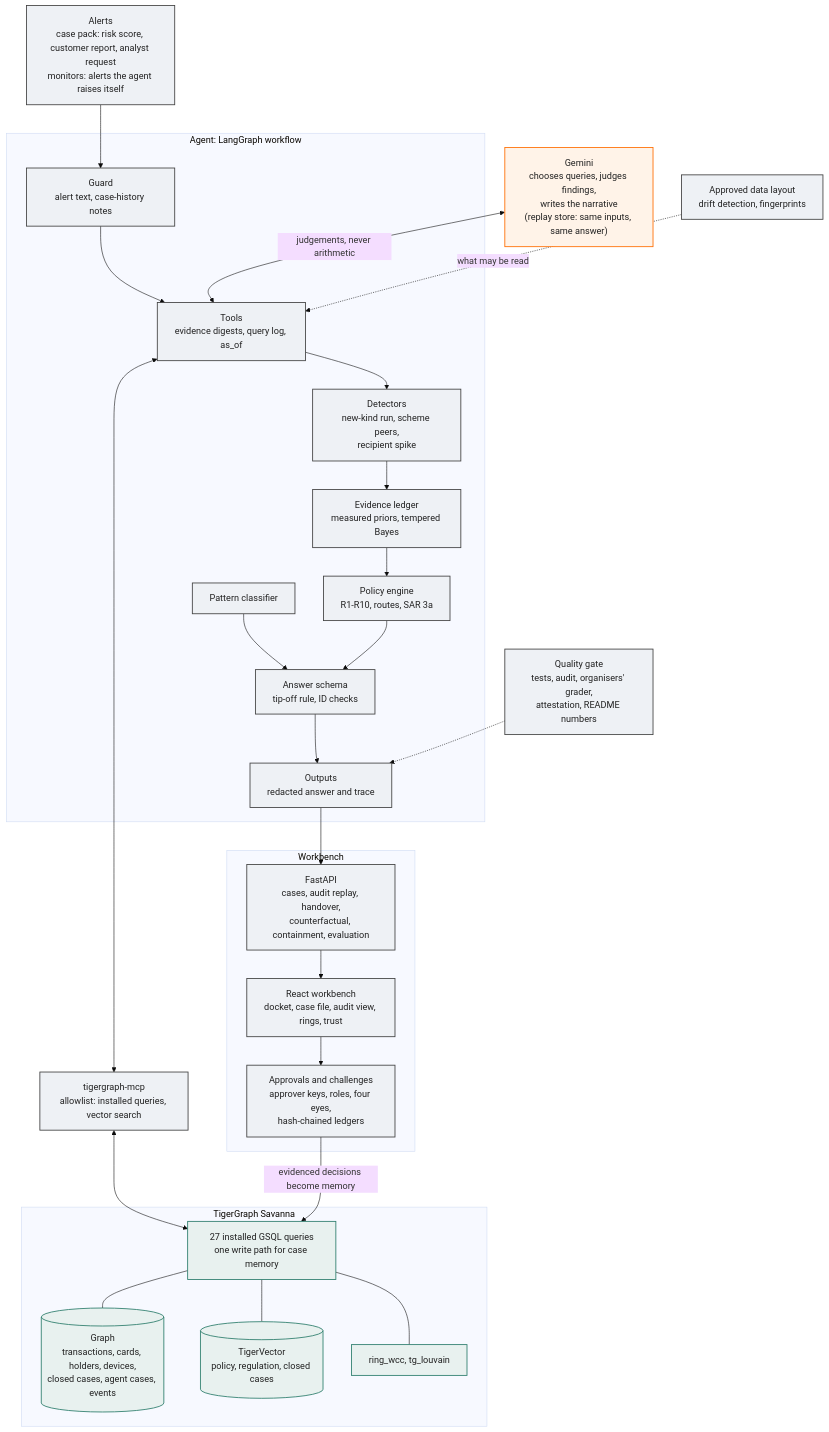
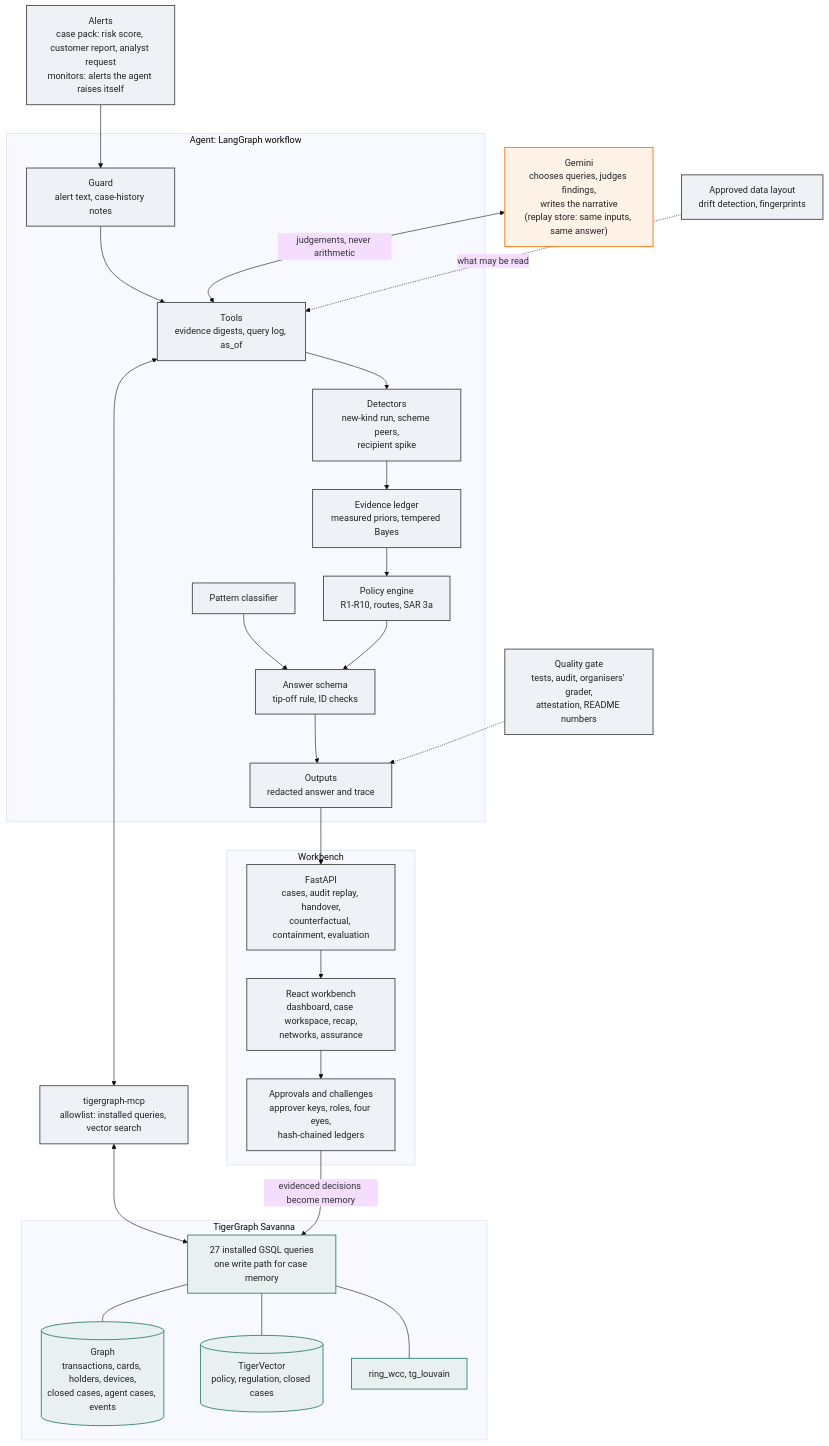
The first of 5 diagrams in README.md (KunalSewal/redthread), drawn with Mermaid (base theme) before and after one commit. The commit also changed other lines of this file and 4 other files, not shown here.

````diff
--- a/README.md
+++ b/README.md
@@ -216,50 +216,50 @@
 ```mermaid
 flowchart TB
     A["Alerts<br/>case pack: risk score, customer report, analyst request<br/>monitors: alerts the agent raises itself"]
 
     subgraph AG["Agent: LangGraph workflow"]
         G["Guard<br/>alert text, case-history notes"] --> T["Tools<br/>evidence digests, query log, as_of"]
         T --> S["Detectors<br/>new-kind run, scheme peers,<br/>recipient spike"]
         S --> B["Evidence ledger<br/>measured priors, tempered Bayes"]
         B --> P["Policy engine<br/>R1-R10, routes, SAR 3a"]
         K["Pattern classifier"] --> V
         P --> V["Answer schema<br/>tip-off rule, ID checks"]
         V --> O["Outputs<br/>redacted answer and trace"]
     end
 
     M["Gemini<br/>chooses queries, judges findings,<br/>writes the narrative<br/>(replay store: same inputs, same answer)"]
     MCP["tigergraph-mcp<br/>allowlist: installed queries, vector search"]
 
     subgraph TG["TigerGraph Savanna"]
         Q["27 installed GSQL queries<br/>one write path for case memory"]
         GR[("Graph<br/>transactions, cards, holders, devices,<br/>closed cases, agent cases, events")]
         VE[("TigerVector<br/>policy, regulation, closed cases")]
         AL["ring_wcc, tg_louvain"]
         Q --- GR & VE & AL
     end
 
     subgraph WB["Workbench"]
         API["FastAPI<br/>cases, audit replay, handover,<br/>counterfactual, containment, evaluation"]
-        UI["React workbench<br/>docket, case file, audit view, rings, trust"]
+        UI["React workbench<br/>dashboard, case workspace, recap,<br/>networks, assurance"]
         AP["Approvals and challenges<br/>approver keys, roles, four eyes,<br/>hash-chained ledgers"]
         API --> UI --> AP
     end
 
     D["Approved data layout<br/>drift detection, fingerprints"]
     GT["Quality gate<br/>tests, audit, organisers' grader,<br/>attestation, README numbers"]
 
     A --> G
     M <-->|"judgements, never arithmetic"| T
     T <--> MCP <--> Q
     O --> API
     AP -->|"evidenced decisions become memory"| Q
     D -.->|"what may be read"| T
     GT -.-> O
 
     classDef model fill:#FFF3E8,stroke:#FF6D00,stroke-width:1.5px,color:#222
     classDef code fill:#EEF1F5,stroke:#424242,stroke-width:1.5px,color:#222
     classDef store fill:#E8F1EF,stroke:#2C7D6C,stroke-width:1.5px,color:#222
     class M model
     class A,G,T,S,B,P,K,V,O,API,UI,AP,D,GT,MCP code
     class Q,GR,VE,AL store
 ```
````
